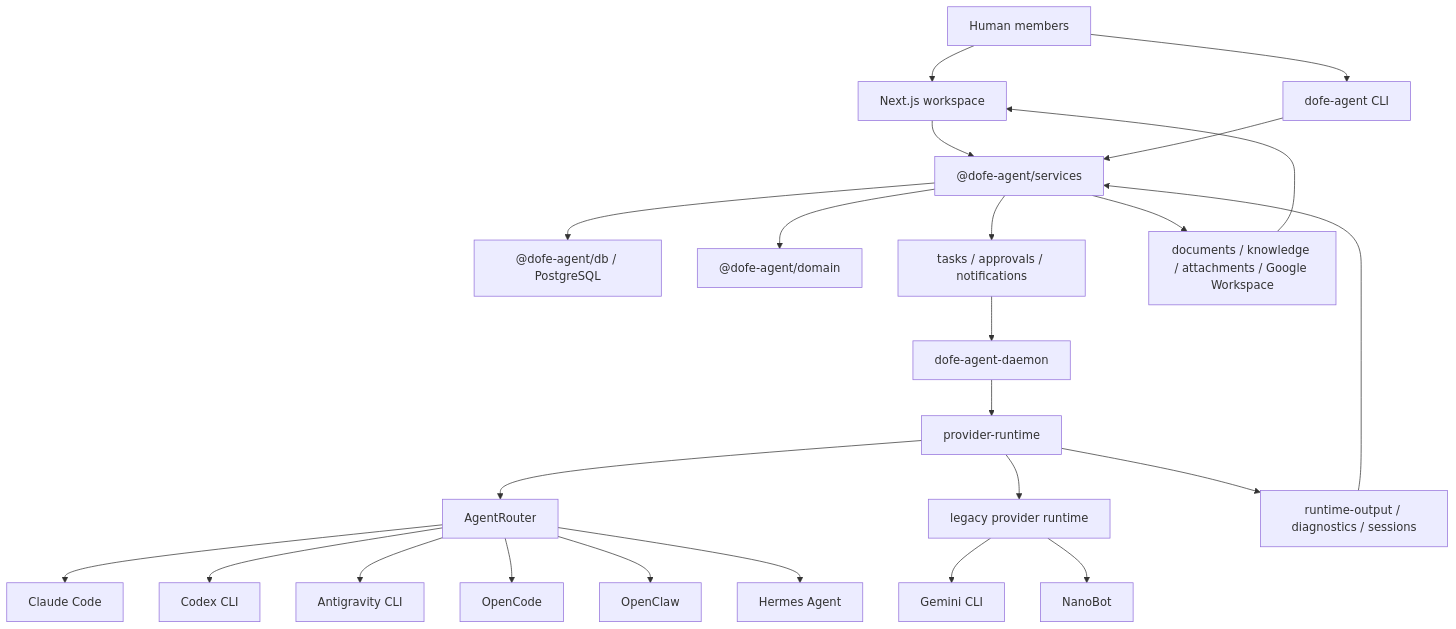
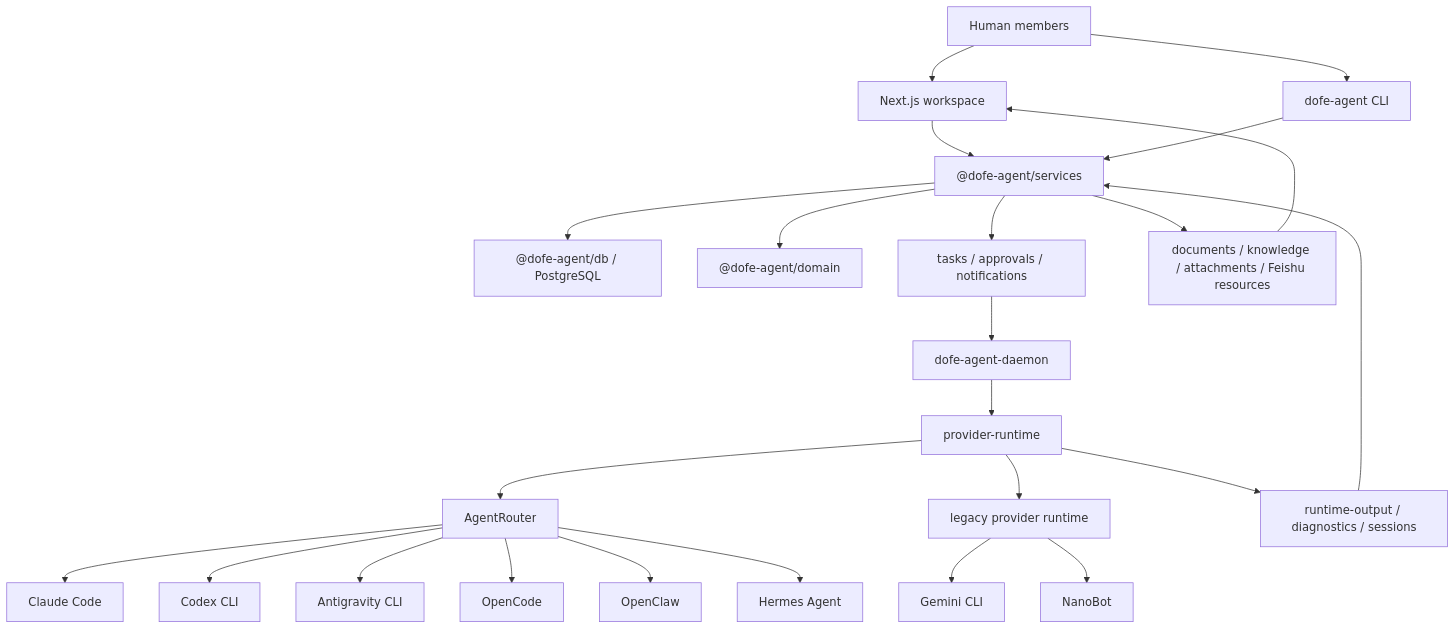
Before and after one commit to iTechwu/AgentSpace: the diagram in README.md, drawn with Mermaid. The commit also changed other lines of this file and 37 other files, not shown here.

First line of the commit message:
refactor: remove Google Workspace integration and related components

````diff
--- a/README.md
+++ b/README.md
@@ -349,26 +349,26 @@
 ```mermaid
 flowchart TD
   User["Human members"] --> Web["Next.js workspace"]
   User --> CLI["dofe-agent CLI"]
   Web --> Services["@dofe-agent/services"]
   CLI --> Services
   Services --> DB["@dofe-agent/db / PostgreSQL"]
   Services --> Domain["@dofe-agent/domain"]
   Services --> Queue["tasks / approvals / notifications"]
   Queue --> Daemon["dofe-agent-daemon"]
   Daemon --> Runtime["provider-runtime"]
   Runtime --> Router["AgentRouter"]
   Runtime --> Legacy["legacy provider runtime"]
   Router --> Claude["Claude Code"]
   Router --> Codex["Codex CLI"]
   Router --> Antigravity["Antigravity CLI"]
   Router --> OpenCode["OpenCode"]
   Router --> OpenClaw["OpenClaw"]
   Router --> Hermes["Hermes Agent"]
   Legacy --> Gemini["Gemini CLI"]
   Legacy --> NanoBot["NanoBot"]
   Runtime --> Output["runtime-output / diagnostics / sessions"]
   Output --> Services
-  Services --> Docs["documents / knowledge / attachments / Google Workspace"]
+  Services --> Docs["documents / knowledge / attachments / Feishu resources"]
   Docs --> Web
 ```
````
